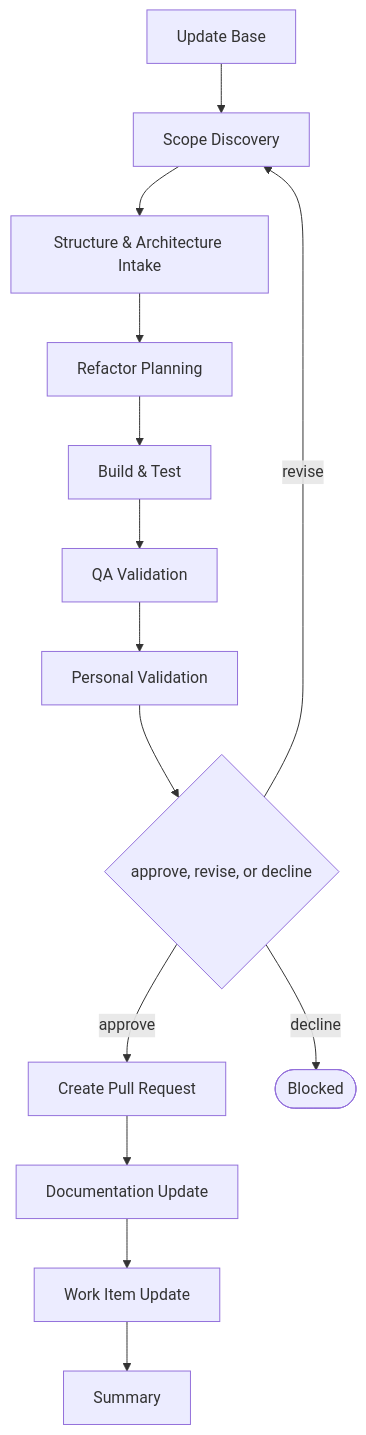
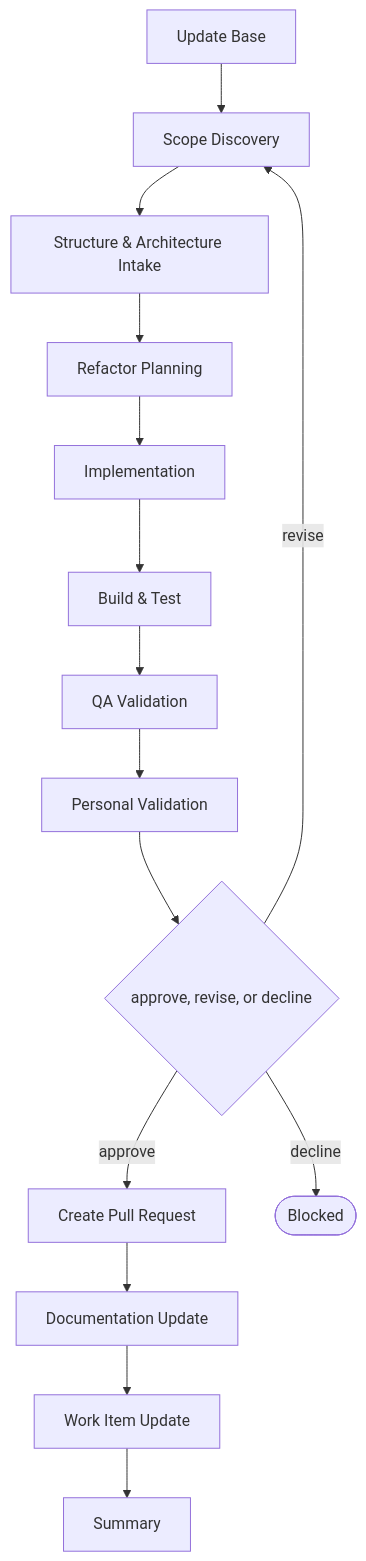
Before and after one commit to JSdotNet/ai-agent-stack: the diagram in .devbook/domain/delivery/flow.flow-structure.md, drawn with Mermaid. The commit also changed other lines of this file and 10 other files, not shown here.

First line of the commit message:
Draw the phases the flows actually run

````diff
--- a/.devbook/domain/delivery/flow.flow-structure.md
+++ b/.devbook/domain/delivery/flow.flow-structure.md
@@ -14,28 +14,30 @@
 ```mermaid
 flowchart TD
     base["Update Base"]
     s0["Scope Discovery"]
     s1["Structure & Architecture Intake"]
     s2["Refactor Planning"]
+    s3["Implementation"]
     c0["Build & Test"]
     c1["QA Validation"]
     c2["Personal Validation"]
 
     base --> s0
     s0 --> s1
     s1 --> s2
-    s2 --> c0
+    s2 --> s3
+    s3 --> c0
     c0 --> c1
     c1 --> c2
     c2 --> g{"approve, revise, or decline"}
     t0["Create Pull Request"]
     t1["Documentation Update"]
     t2["Work Item Update"]
     t3["Summary"]
     g -->|approve| t0
     t0 --> t1
     t1 --> t2
     t2 --> t3
     g -->|revise| s0
     g -->|decline| blocked(["Blocked"])
 ```
````
